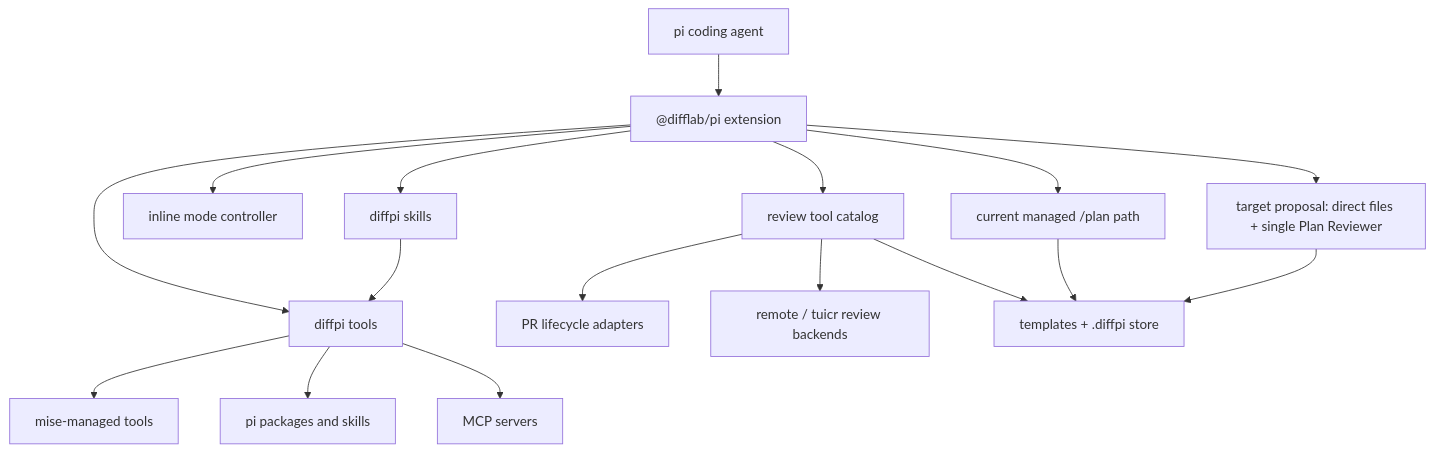
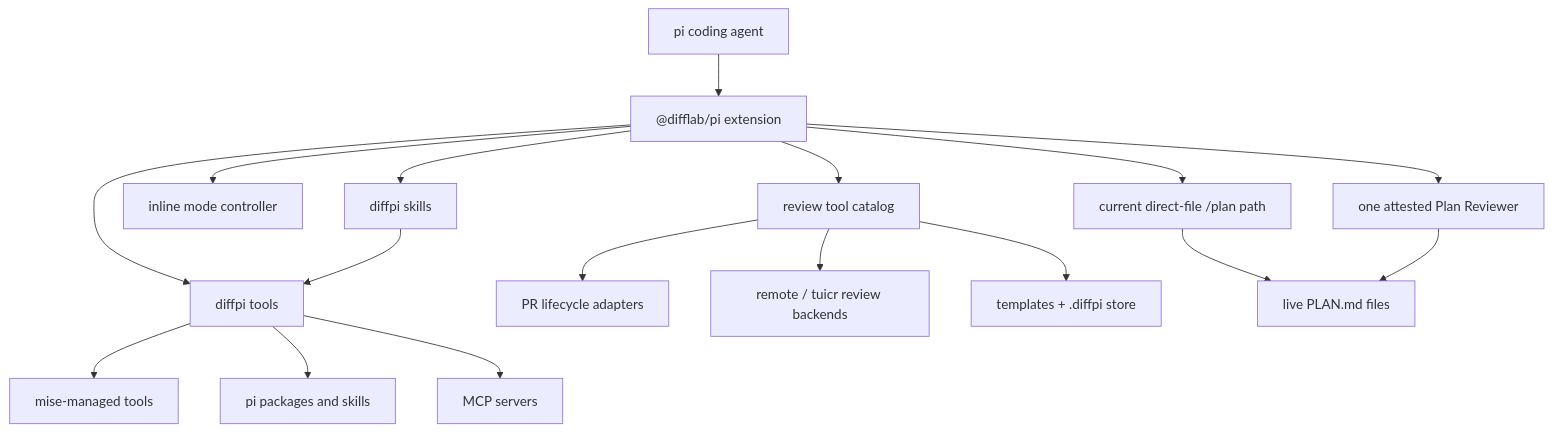
Before and after one commit to difflab-io/diffpi: the diagram in docs/architecture/index.md, drawn with Mermaid. The commit also changed other lines of this file and 17 other files, not shown here.

First line of the commit message:
fix(plan): gate draft execution on completed reviewer pass

````diff
--- a/docs/architecture/index.md
+++ b/docs/architecture/index.md
@@ -31,19 +31,19 @@
 ```mermaid
 graph TD
     Pi["pi coding agent"] --> Extension["@difflab/pi extension"]
     Extension --> Tools["diffpi tools"]
     Extension --> Skills["diffpi skills"]
     Extension --> Modes["inline mode controller"]
     Extension --> Review["review tool catalog"]
-    Extension --> PlanCurrent["current managed /plan path"]
-    Extension --> PlanTarget["target proposal: direct files + single Plan Reviewer"]
+    Extension --> PlanCurrent["current direct-file /plan path"]
+    Extension --> PlanTarget["one attested Plan Reviewer"]
     Skills --> Tools
     Review --> Forge["PR lifecycle adapters"]
     Review --> Backends["remote / tuicr review backends"]
     Review --> Store["templates + .diffpi store"]
-    PlanCurrent --> Store
-    PlanTarget --> Store
+    PlanCurrent --> Files["live PLAN.md files"]
+    PlanTarget --> Files
     Tools --> Mise["mise-managed tools"]
     Tools --> Packages["pi packages and skills"]
     Tools --> MCP["MCP servers"]
 ```
````
